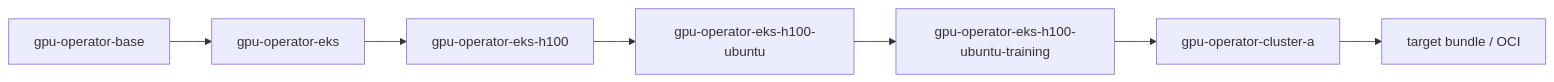
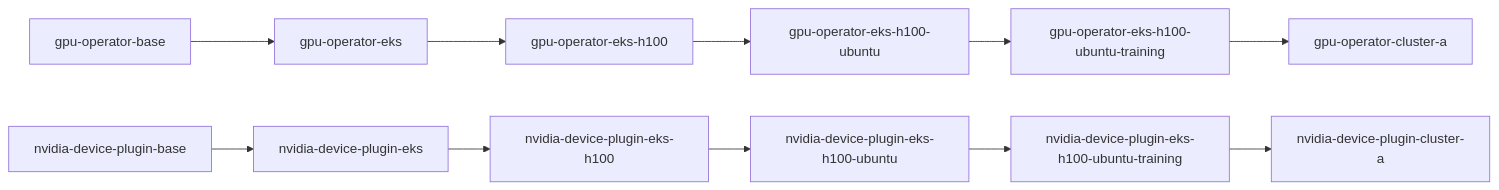
One commit to confighub/examples changed the diagram in incubator/global-app-layer/gpu-eks-h100-training/README.md. Above: the diagram before and after it, drawn with Mermaid. The commit also changed other lines of this file and 10 other files, not shown here.

Commit message:
Expand GPU recipe example to two components

````diff
--- a/incubator/global-app-layer/gpu-eks-h100-training/README.md
+++ b/incubator/global-app-layer/gpu-eks-h100-training/README.md
@@ -25,9 +28,14 @@
 ```mermaid
 flowchart LR
-  Base["gpu-operator-base"] --> Platform["gpu-operator-eks"]
-  Platform --> Accelerator["gpu-operator-eks-h100"]
-  Accelerator --> OS["gpu-operator-eks-h100-ubuntu"]
-  OS --> Recipe["gpu-operator-eks-h100-ubuntu-training"]
-  Recipe --> Deploy["gpu-operator-cluster-a"]
-  Deploy --> Bundle["target bundle / OCI"]
+  GBase["gpu-operator-base"] --> GPlatform["gpu-operator-eks"]
+  GPlatform --> GAccel["gpu-operator-eks-h100"]
+  GAccel --> GOS["gpu-operator-eks-h100-ubuntu"]
+  GOS --> GRecipe["gpu-operator-eks-h100-ubuntu-training"]
+  GRecipe --> GDeploy["gpu-operator-cluster-a"]
+
+  PBase["nvidia-device-plugin-base"] --> PPlatform["nvidia-device-plugin-eks"]
+  PPlatform --> PAccel["nvidia-device-plugin-eks-h100"]
+  PAccel --> POS["nvidia-device-plugin-eks-h100-ubuntu"]
+  POS --> PRecipe["nvidia-device-plugin-eks-h100-ubuntu-training"]
+  PRecipe --> PDeploy["nvidia-device-plugin-cluster-a"]
 ```
````
